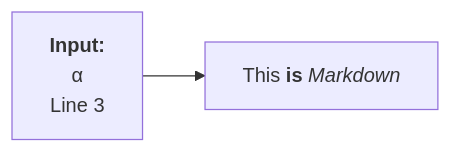
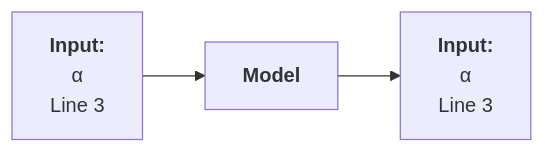
Before and after one commit to bmw-ece-ntust/wilfrid-prach-attack-analysis: the third of 3 diagrams in docs/20250307 Thesis (PRACH Attack Problem Definition).md, drawn with Mermaid. The commit also changed other lines of this file, not shown here.

Commit message:
Update 20250307 Thesis (PRACH Attack Problem Definition).md

````diff
--- a/docs/20250307 Thesis (PRACH Attack Problem Definition).md
+++ b/docs/20250307 Thesis (PRACH Attack Problem Definition).md
@@ -185,8 +185,11 @@
 ```mermaid
 flowchart LR
-    markdown["`This **is** _Markdown_`"]
     input["`**Input:**
     α
     Line 3`"]
-    input --> markdown
+    process["`**Model**`"]
+    output["`**Input:**
+    α
+    Line 3`"]
+    input --> process --> output
 ```
````
